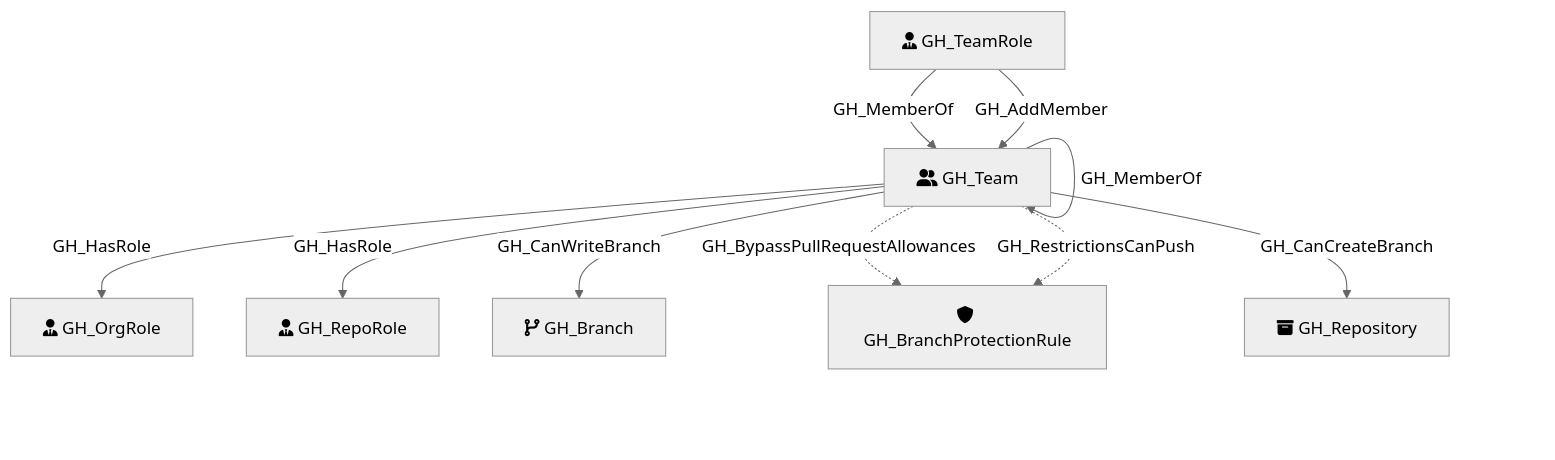
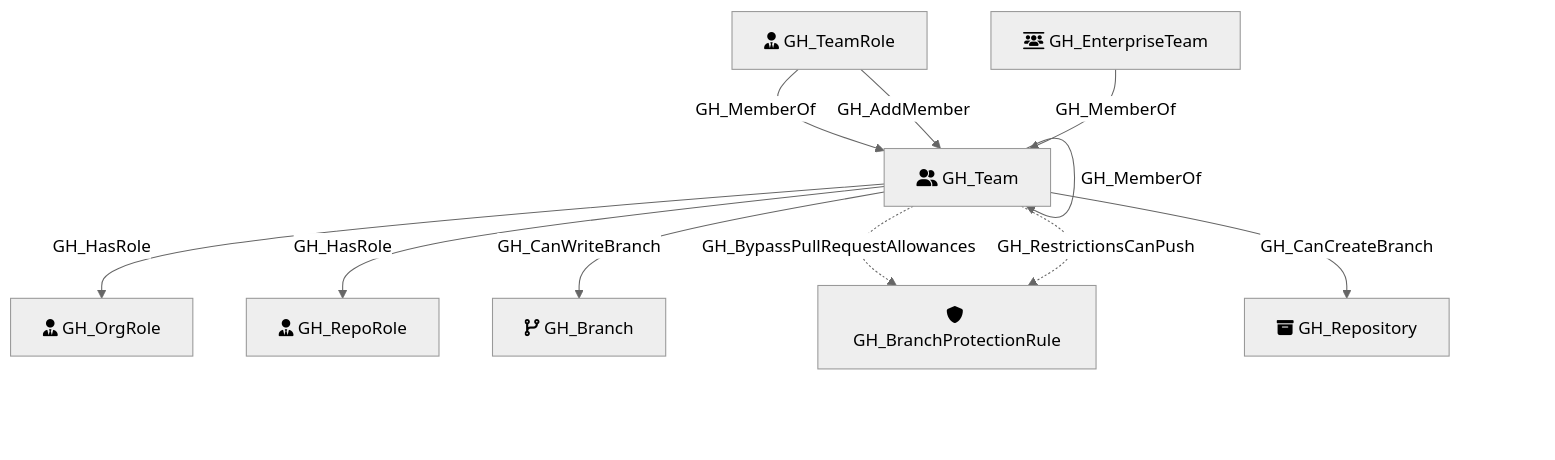
The diagram in Documentation/NodeDescriptions/GH_Team.md (SpecterOps/GitHound), drawn with Mermaid (neutral theme) before and after one commit. The commit also changed other lines of this file and 10 other files, not shown here.

````diff
--- a/Documentation/NodeDescriptions/GH_Team.md
+++ b/Documentation/NodeDescriptions/GH_Team.md
@@ -24,21 +25,23 @@
 ```mermaid
 flowchart TD
     GH_Team[fa:fa-user-group GH_Team]
     GH_OrgRole[fa:fa-user-tie GH_OrgRole]
     GH_RepoRole[fa:fa-user-tie GH_RepoRole]
     GH_TeamRole[fa:fa-user-tie GH_TeamRole]
     GH_Branch[fa:fa-code-branch GH_Branch]
     GH_BranchProtectionRule[fa:fa-shield GH_BranchProtectionRule]
     GH_Repository[fa:fa-box-archive GH_Repository]
 
 
     GH_Team -->|GH_MemberOf| GH_Team
+    GH_EnterpriseTeam[fa:fa-users-between-lines GH_EnterpriseTeam]
     GH_Team -->|GH_HasRole| GH_OrgRole
     GH_Team -->|GH_HasRole| GH_RepoRole
     GH_Team -.->|GH_BypassPullRequestAllowances| GH_BranchProtectionRule
     GH_Team -.->|GH_RestrictionsCanPush| GH_BranchProtectionRule
     GH_Team -->|GH_CanWriteBranch| GH_Branch
     GH_Team -->|GH_CanCreateBranch| GH_Repository
     GH_TeamRole -->|GH_MemberOf| GH_Team
     GH_TeamRole -->|GH_AddMember| GH_Team
+    GH_EnterpriseTeam -->|GH_MemberOf| GH_Team
 ```
````
